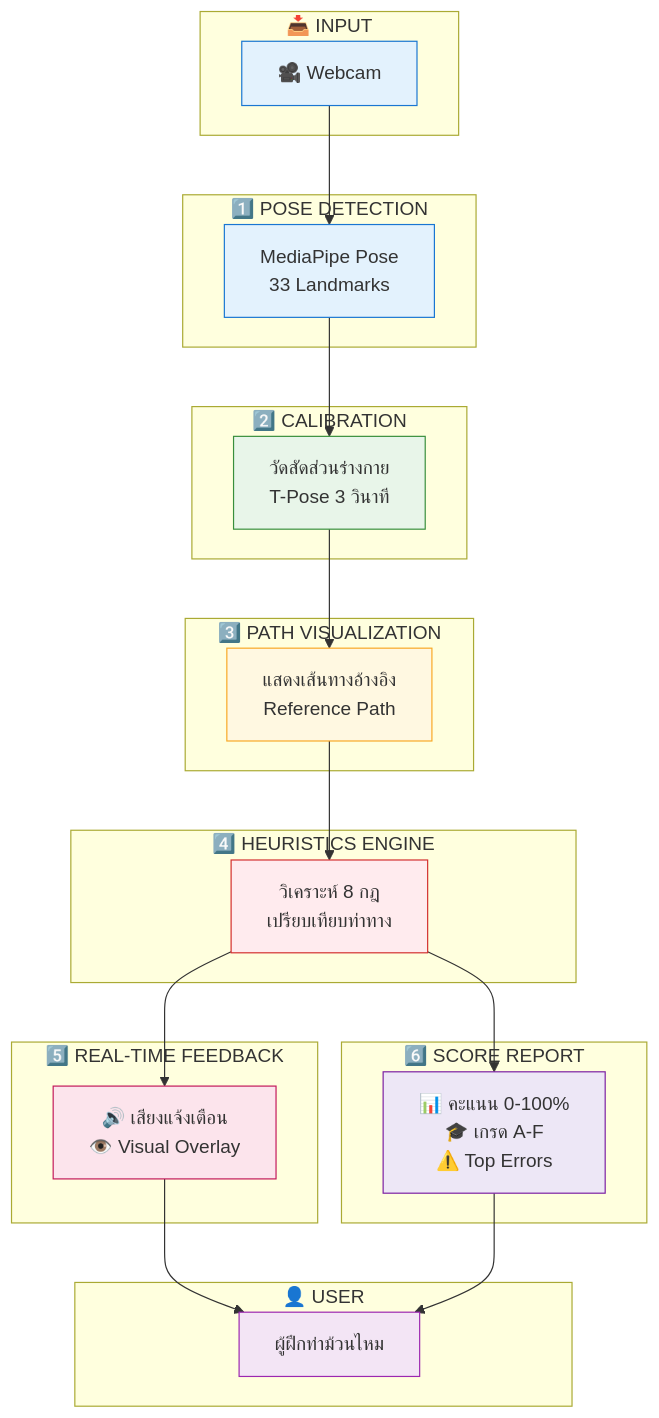
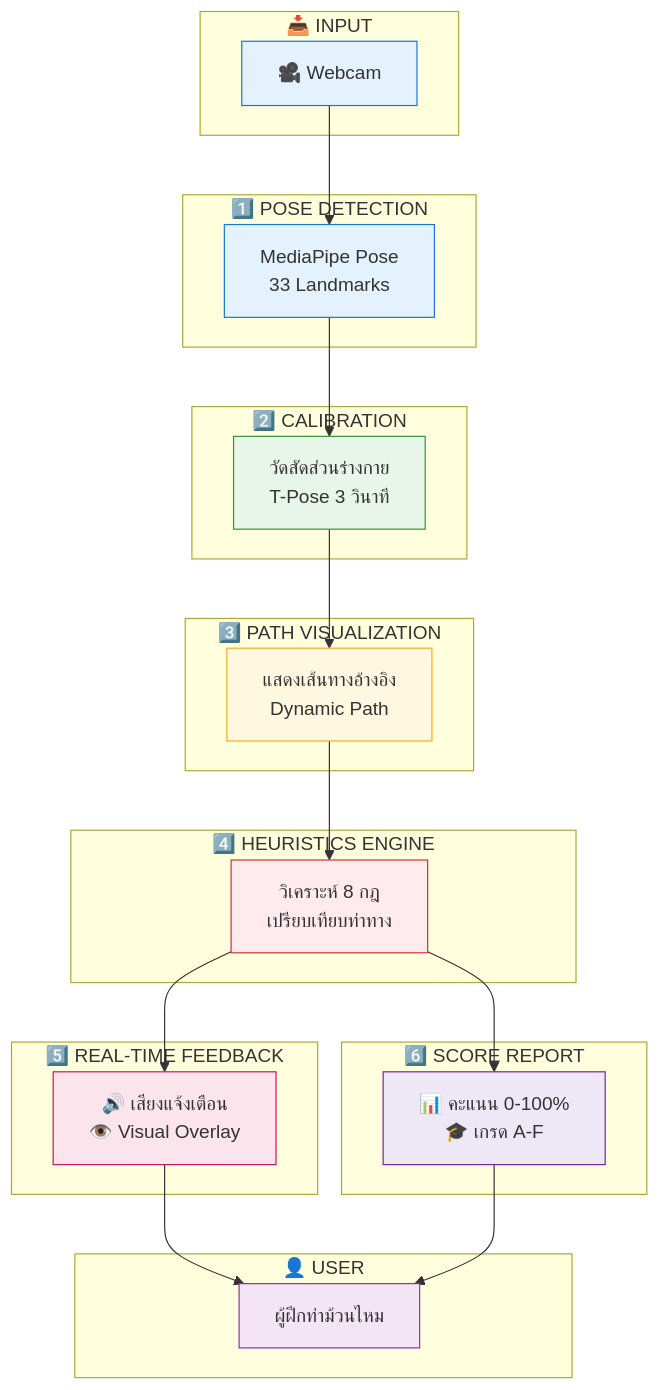
The second of 5 diagrams in docs/ARCHITECTURE.md (vyut/TaijiFlow), drawn with Mermaid before and after one commit. The commit also changed other lines of this file and 15 other files, not shown here.

Commit message:
docs: Add comprehensive project and code documentation, including a development roadmap, and refine data collector output details.

````diff
--- a/docs/ARCHITECTURE.md
+++ b/docs/ARCHITECTURE.md
@@ -7,52 +78,52 @@
 ```mermaid
 flowchart TB
     subgraph Input["📥 INPUT"]
         A["🎥 Webcam"]
     end
     
     subgraph Core1["1️⃣ POSE DETECTION"]
         B["MediaPipe Pose<br/>33 Landmarks"]
     end
     
     subgraph Core2["2️⃣ CALIBRATION"]
         C["วัดสัดส่วนร่างกาย<br/>T-Pose 3 วินาที"]
     end
     
     subgraph Core3["3️⃣ PATH VISUALIZATION"]
-        D["แสดงเส้นทางอ้างอิง<br/>Reference Path"]
+        D["แสดงเส้นทางอ้างอิง<br/>Dynamic Path"]
     end
     
     subgraph Core4["4️⃣ HEURISTICS ENGINE"]
         E["วิเคราะห์ 8 กฎ<br/>เปรียบเทียบท่าทาง"]
     end
     
     subgraph Core5["5️⃣ REAL-TIME FEEDBACK"]
         F["🔊 เสียงแจ้งเตือน<br/>👁️ Visual Overlay"]
     end
     
     subgraph Core6["6️⃣ SCORE REPORT"]
-        G["📊 คะแนน 0-100%<br/>🎓 เกรด A-F<br/>⚠️ Top Errors"]
+        G["📊 คะแนน 0-100%<br/>🎓 เกรด A-F"]
     end
     
     subgraph Output["👤 USER"]
         H["ผู้ฝึกท่าม้วนไหม"]
     end
     
     A --> B
     B --> C
     C --> D
     D --> E
     E --> F
     E --> G
     F --> H
     G --> H
     
     style A fill:#e3f2fd,stroke:#1976d2
     style B fill:#e3f2fd,stroke:#1976d2
     style C fill:#e8f5e9,stroke:#388e3c
     style D fill:#fff8e1,stroke:#f9a825
     style E fill:#ffebee,stroke:#d32f2f
     style F fill:#fce4ec,stroke:#c2185b
     style G fill:#ede7f6,stroke:#7b1fa2
     style H fill:#f3e5f5,stroke:#9c27b0
 ```
````
